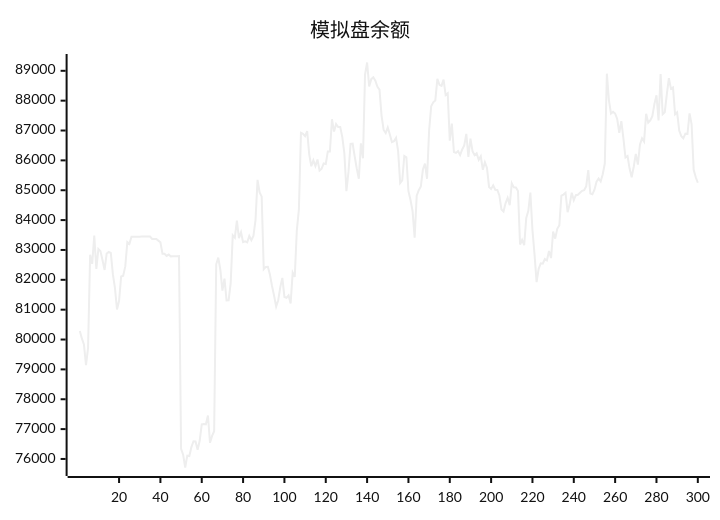
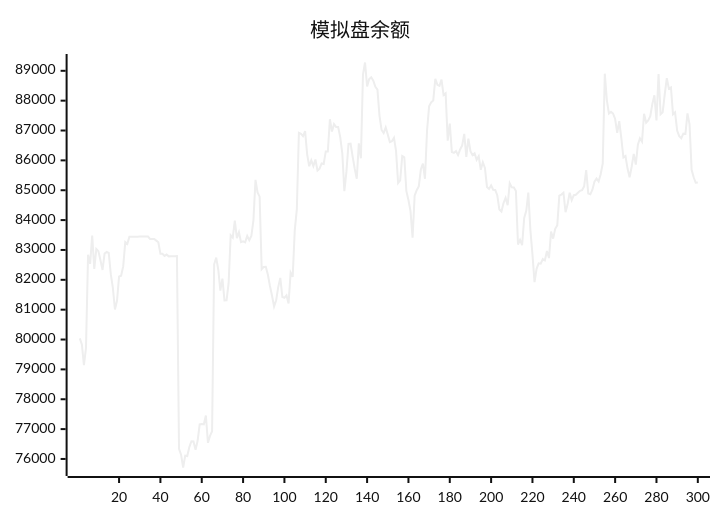
Before and after one commit to aahl/ai-trading: the diagram in README.md, drawn with Mermaid (neutral theme). The commit also changed other lines of this file and 1 other file, not shown here.

````diff
--- a/README.md
+++ b/README.md
@@ -5,5 +5,5 @@
 ```mermaid
 xychart
     title "模拟盘余额"
-    line [80288,80038,79836,79142,79722,82837,82533,83480,82366,83032,82960,82654,82330,82883,82934,82901,82188,81728,81005,81298,82110,82135,82449,83264,83203,83440,83439,83440,83440,83446,83447,83448,83447,83448,83449,83369,83369,83369,83313,83256,82872,82873,82801,82844,82785,82791,82791,82793,82794,76339,76145,75714,76110,76096,76397,76594,76585,76310,76607,77160,77170,77160,77456,76541,76774,76927,82520,82744,82337,81639,82040,81307,81314,81887,83490,83414,83984,83396,83594,83261,83287,83253,83470,83327,83465,83987,85348,84930,84786,82355,82433,82438,82167,81795,81466,81105,81315,81756,82064,81426,81398,81481,81210,82242,82099,83658,84359,86925,86892,86814,86980,86203,85802,86003,85811,86028,85657,85721,85896,85880,86300,86299,87378,86965,87214,87115,87118,86780,86238,84966,85623,86555,86562,86129,85722,85387,86569,86070,88870,89278,88477,88720,88781,88668,88467,88372,87493,87018,86917,87102,86870,86613,86644,86758,86317,85242,85334,86149,86106,84968,84671,84302,83410,84816,85001,85127,85693,85891,85384,87001,87811,87945,88007,88734,88528,88495,88705,88189,88248,86662,87234,86279,86251,86314,86177,86364,86503,86886,86114,86731,86310,86176,86240,86017,86136,85685,85938,85749,85111,85044,85164,85016,85008,84824,84354,84287,84572,84745,84500,85234,85096,85095,84970,83180,83338,83157,84070,84309,84922,83667,82850,81924,82369,82552,82539,82695,82648,82962,82728,83619,83378,83710,83825,84819,84854,84917,84265,84527,84919,84668,84834,84850,84916,84981,85004,85131,85674,84891,84864,85019,85284,85393,85294,85538,85894,88904,88012,87567,87625,87568,87386,86920,87313,86737,86094,86143,85725,85437,85787,86219,85859,86526,86740,86630,87563,87264,87335,87483,87886,88180,87335,88894,87544,87608,88207,88755,88401,88444,87543,87608,87000,86810,86740,86894,86884,87576,87209,85686,85435,85251]
+    line [80038,79836,79142,79722,82837,82533,83480,82366,83032,82960,82654,82330,82883,82934,82901,82188,81728,81005,81298,82110,82135,82449,83264,83203,83440,83439,83440,83440,83446,83447,83448,83447,83448,83449,83369,83369,83369,83313,83256,82872,82873,82801,82844,82785,82791,82791,82793,82794,76339,76145,75714,76110,76096,76397,76594,76585,76310,76607,77160,77170,77160,77456,76541,76774,76927,82520,82744,82337,81639,82040,81307,81314,81887,83490,83414,83984,83396,83594,83261,83287,83253,83470,83327,83465,83987,85348,84930,84786,82355,82433,82438,82167,81795,81466,81105,81315,81756,82064,81426,81398,81481,81210,82242,82099,83658,84359,86925,86892,86814,86980,86203,85802,86003,85811,86028,85657,85721,85896,85880,86300,86299,87378,86965,87214,87115,87118,86780,86238,84966,85623,86555,86562,86129,85722,85387,86569,86070,88870,89278,88477,88720,88781,88668,88467,88372,87493,87018,86917,87102,86870,86613,86644,86758,86317,85242,85334,86149,86106,84968,84671,84302,83410,84816,85001,85127,85693,85891,85384,87001,87811,87945,88007,88734,88528,88495,88705,88189,88248,86662,87234,86279,86251,86314,86177,86364,86503,86886,86114,86731,86310,86176,86240,86017,86136,85685,85938,85749,85111,85044,85164,85016,85008,84824,84354,84287,84572,84745,84500,85234,85096,85095,84970,83180,83338,83157,84070,84309,84922,83667,82850,81924,82369,82552,82539,82695,82648,82962,82728,83619,83378,83710,83825,84819,84854,84917,84265,84527,84919,84668,84834,84850,84916,84981,85004,85131,85674,84891,84864,85019,85284,85393,85294,85538,85894,88904,88012,87567,87625,87568,87386,86920,87313,86737,86094,86143,85725,85437,85787,86219,85859,86526,86740,86630,87563,87264,87335,87483,87886,88180,87335,88894,87544,87608,88207,88755,88401,88444,87543,87608,87000,86810,86740,86894,86884,87576,87209,85686,85435,85251,85255]
 ```
````
